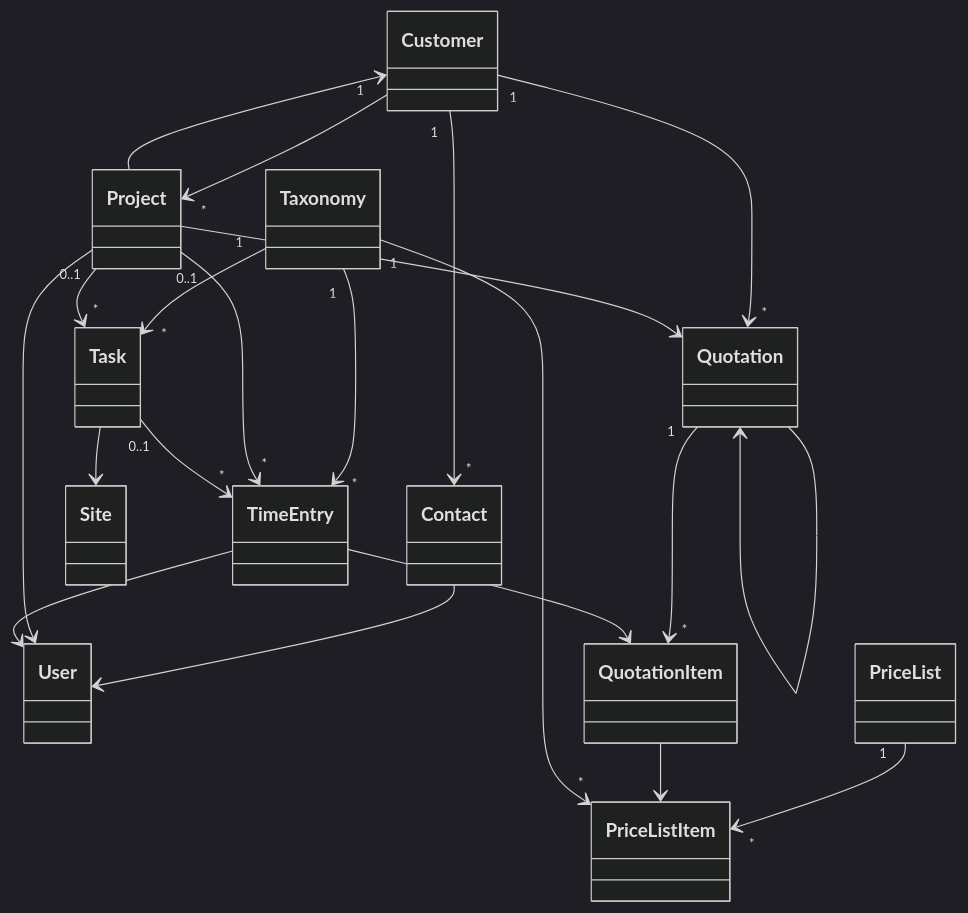
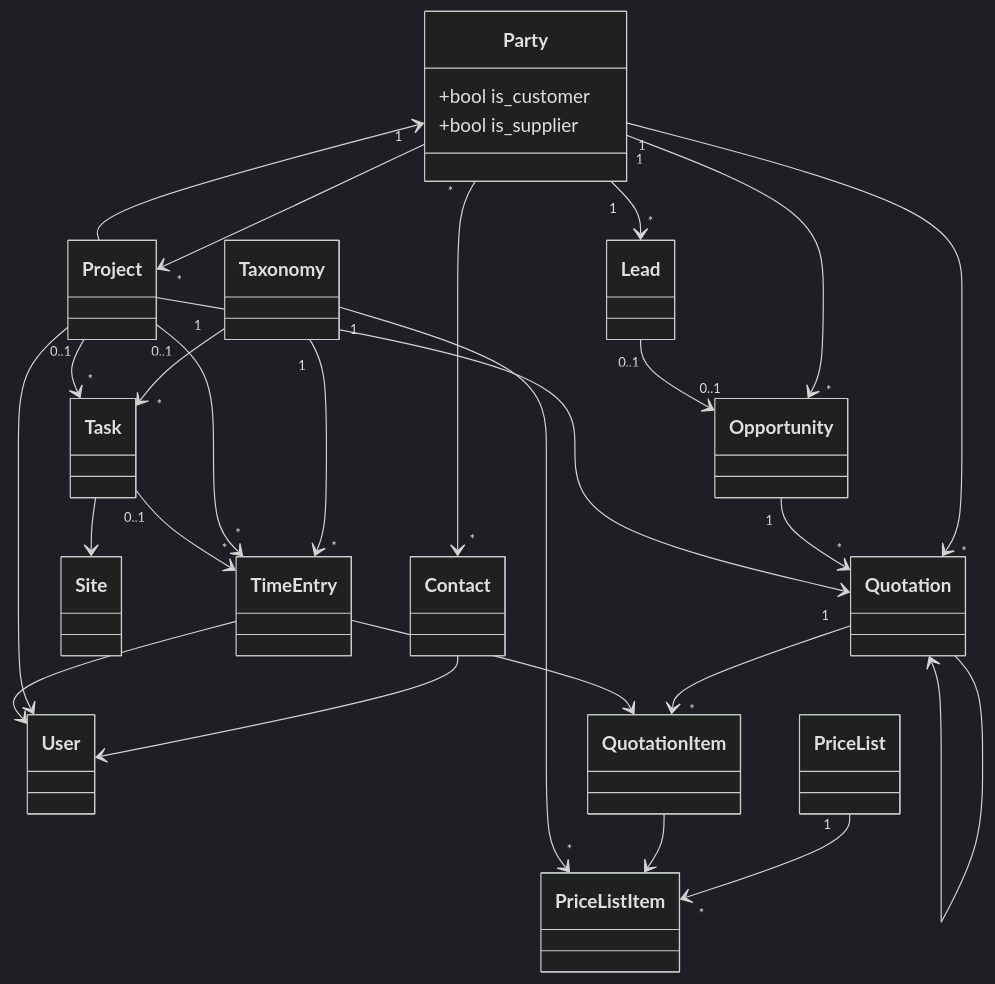
Before and after one commit to swolley/laraplate: the first of 6 diagrams in .cursor/plans/nebula_verso_business_0d6eb0ed.plan.md, drawn with Mermaid (dark theme). The commit also changed other lines of this file and 12 other files, not shown here.

````diff
--- a/.cursor/plans/nebula_verso_business_0d6eb0ed.plan.md
+++ b/.cursor/plans/nebula_verso_business_0d6eb0ed.plan.md
@@ -636,36 +636,45 @@
 ```mermaid
 classDiagram
   direction TB
   class User
-  class Customer
+  class Party {
+    +bool is_customer
+    +bool is_supplier
+  }
   class Contact
   class Site
+  class Lead
+  class Opportunity
   class Quotation
   class QuotationItem
   class PriceList
   class PriceListItem
   class Project
   class Taxonomy
   class Task
   class TimeEntry
-  Customer "1" --> "*" Contact
+  Party "*" --> "*" Contact
   Contact --> User
-  Customer "1" --> "*" Quotation
-  Customer "1" --> "*" Project
+  Party "1" --> "*" Lead
+  Party "1" --> "*" Opportunity
+  Party "1" --> "*" Quotation
+  Party "1" --> "*" Project
+  Lead "0..1" --> "0..1" Opportunity
+  Opportunity "1" --> "*" Quotation
   Quotation "1" --> "*" QuotationItem
   Quotation --> Quotation
   PriceList "1" --> "*" PriceListItem
   QuotationItem --> PriceListItem
   Taxonomy "1" --> "*" PriceListItem
-  Project --> Customer
+  Project --> Party
   Project --> Quotation
   Project --> User
   Taxonomy "1" --> "*" Task
   Taxonomy "1" --> "*" TimeEntry
   Project "0..1" --> "*" Task
   Task --> Site
   Project "0..1" --> "*" TimeEntry
   Task "0..1" --> "*" TimeEntry
   TimeEntry --> User
   TimeEntry --> QuotationItem
 ```
````
